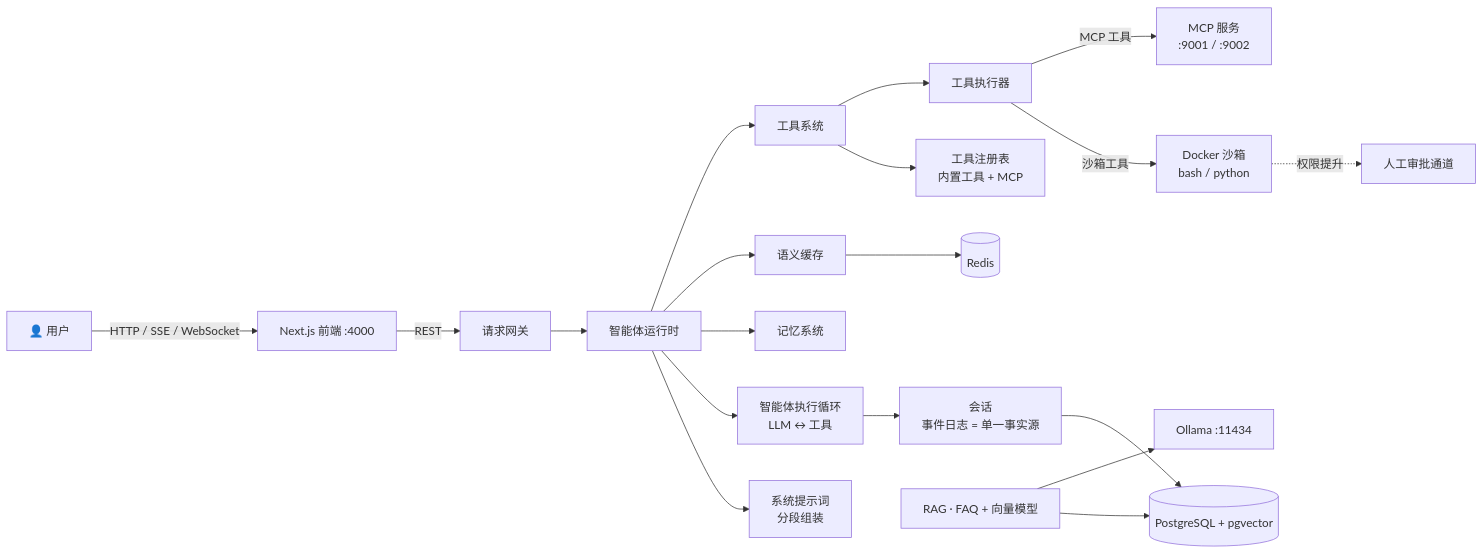
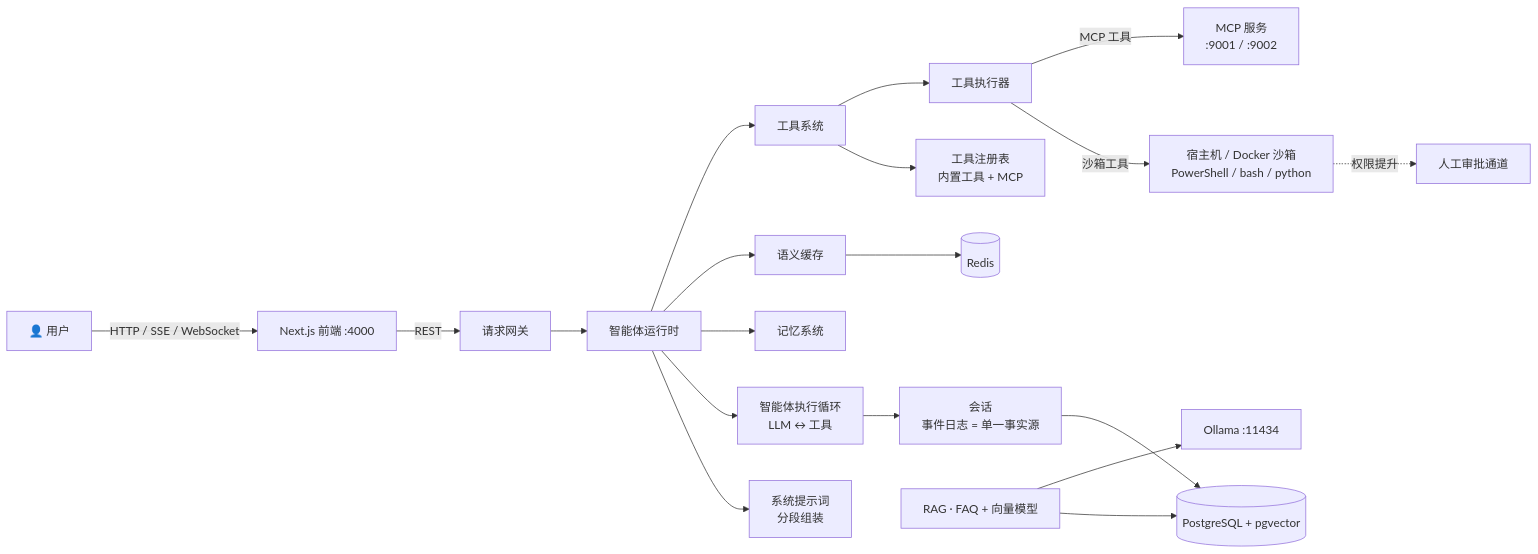
Before and after one commit to nandalock/agent-harness: the diagram in README.md, drawn with Mermaid. The commit also changed other lines of this file and 26 other files, not shown here.

````diff
--- a/README.md
+++ b/README.md
@@ -109,21 +109,21 @@
 ```mermaid
 flowchart LR
     U[👤 用户] -->|HTTP / SSE / WebSocket| F[Next.js 前端 :4000]
     F -->|REST| G[请求网关]
     G --> A[智能体运行时]
     A --> SP[系统提示词<br/>分段组装]
     A --> AL[智能体执行循环<br/>LLM ↔ 工具]
     AL --> S[会话<br/>事件日志 = 单一事实源]
     S --> P[(PostgreSQL + pgvector)]
     A --> M[记忆系统]
     A --> C[语义缓存]
     C --> R[(Redis)]
     A --> TS[工具系统]
     TS --> TR[工具注册表<br/>内置工具 + MCP]
     TS --> EX[工具执行器]
-    EX -->|沙箱工具| SB[Docker 沙箱<br/>bash / python]
+    EX -->|沙箱工具| SB[宿主机 / Docker 沙箱<br/>PowerShell / bash / python]
     EX -->|MCP 工具| MCP[MCP 服务<br/>:9001 / :9002]
     SB -.权限提升.-> AP[人工审批通道]
     K[RAG · FAQ + 向量模型] --> P
     K --> O[Ollama :11434]
 ```
````
